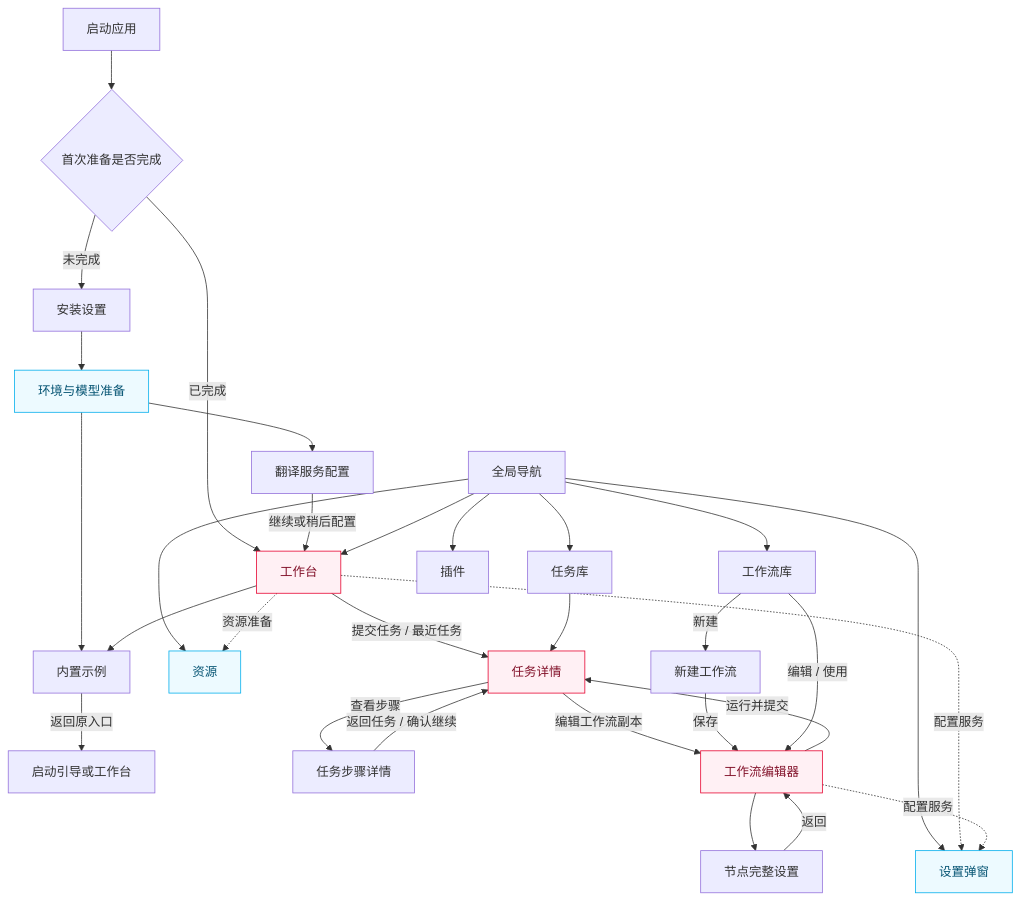
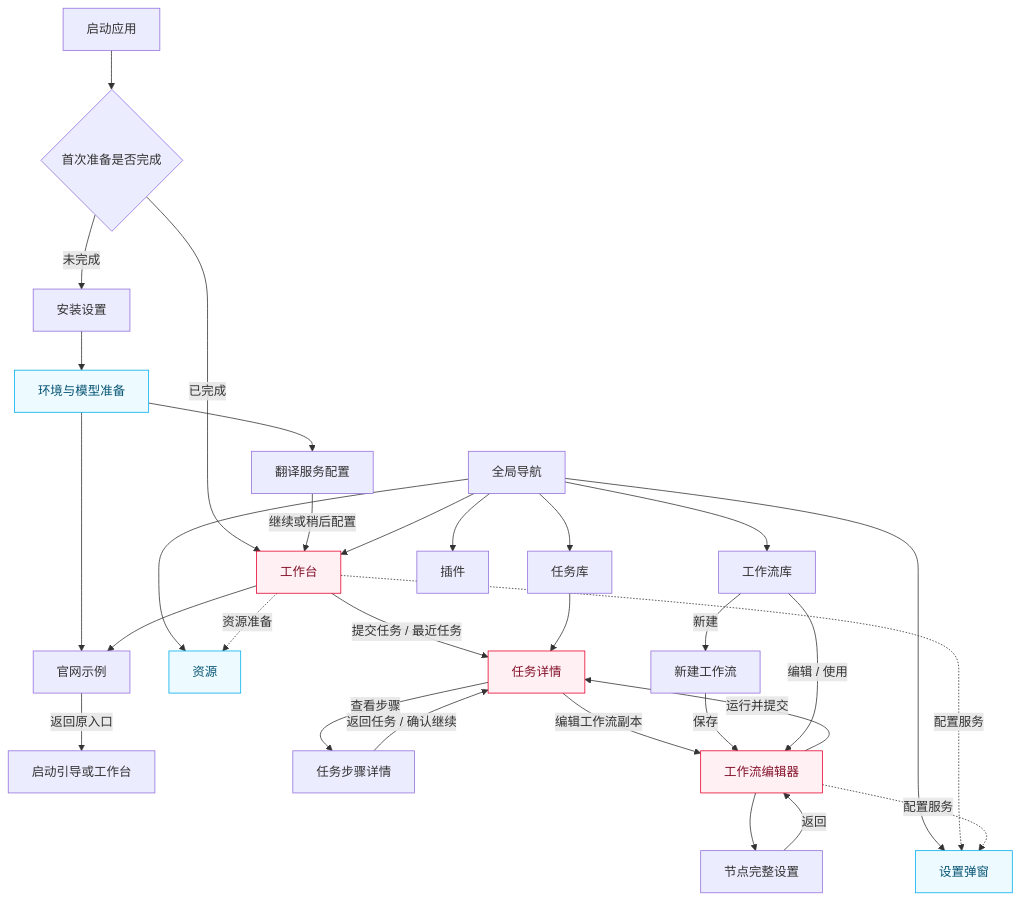
One commit to liuzhao1225/YouDub-webui changed the first of 2 diagrams in docs/design/page-map.md. Above: the diagram before and after it, drawn with Mermaid. The commit also changed other lines of this file and 25 other files, not shown here.

````diff
--- a/docs/design/page-map.md
+++ b/docs/design/page-map.md
@@ -62,39 +62,39 @@
 ```mermaid
 flowchart TD
     Launch[启动应用] --> Ready{首次准备是否完成}
     Ready -->|已完成| Home[工作台]
     Ready -->|未完成| Install[安装设置]
     Install --> Prepare[环境与模型准备]
     Prepare --> Translation[翻译服务配置]
     Translation -->|继续或稍后配置| Home
-    Prepare --> Examples[内置示例]
+    Prepare --> Examples[官网示例]
     Home --> Examples
     Examples -->|返回原入口| Return[启动引导或工作台]
 
     Nav[全局导航] --> Home
     Nav --> Tasks[任务库]
     Nav --> Flows[工作流库]
     Nav --> Resources[资源]
     Nav --> Plugins[插件]
     Nav --> Settings[设置弹窗]
 
     Home -->|提交任务 / 最近任务| Task[任务详情]
     Tasks --> Task
     Task -->|查看步骤| Step[任务步骤详情]
     Step -->|返回任务 / 确认继续| Task
     Task -->|编辑工作流副本| Editor[工作流编辑器]
     Flows -->|新建| New[新建工作流]
     New -->|保存| Editor
     Flows -->|编辑 / 使用| Editor
     Editor --> Node[节点完整设置]
     Node -->|返回| Editor
     Editor -->|运行并提交| Task
     Home -.配置服务.-> Settings
     Home -.资源准备.-> Resources
     Editor -.配置服务.-> Settings
 
     classDef brand fill:#fff0f4,stroke:#e6002e,color:#83122a
     classDef blue fill:#edfaff,stroke:#00aeec,color:#075574
     class Home,Task,Editor brand
     class Settings,Resources,Prepare blue
 ```
````
